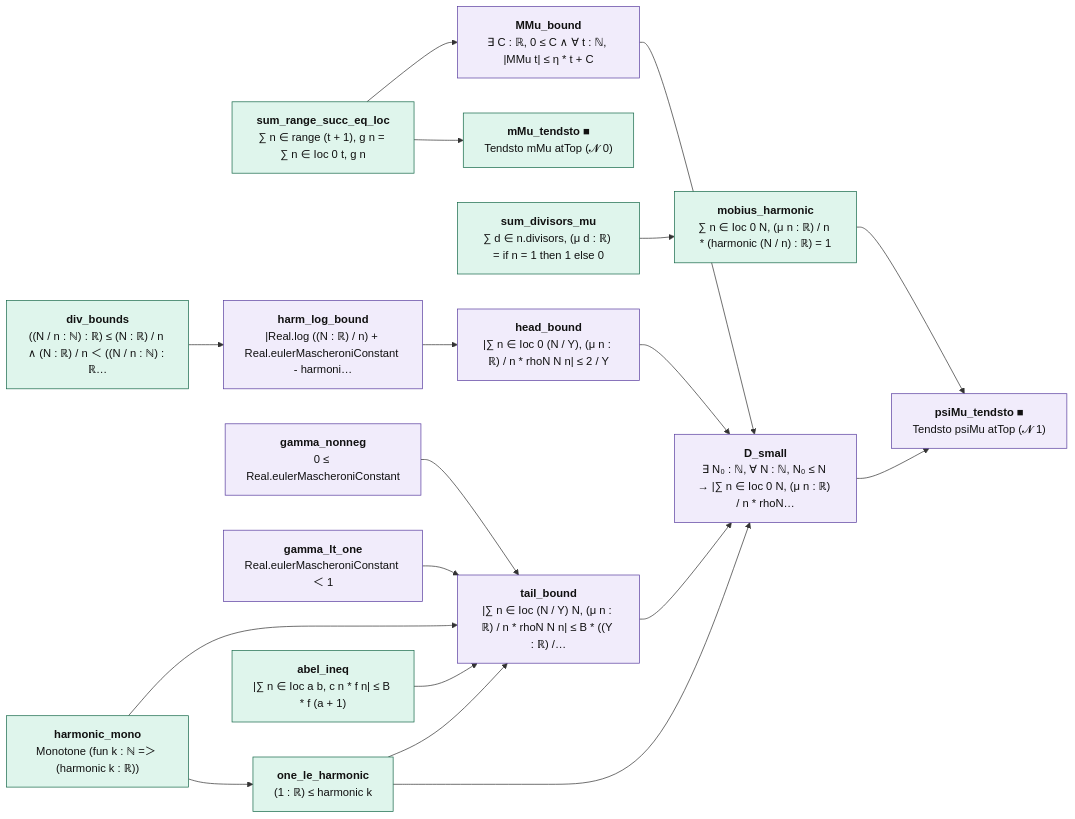
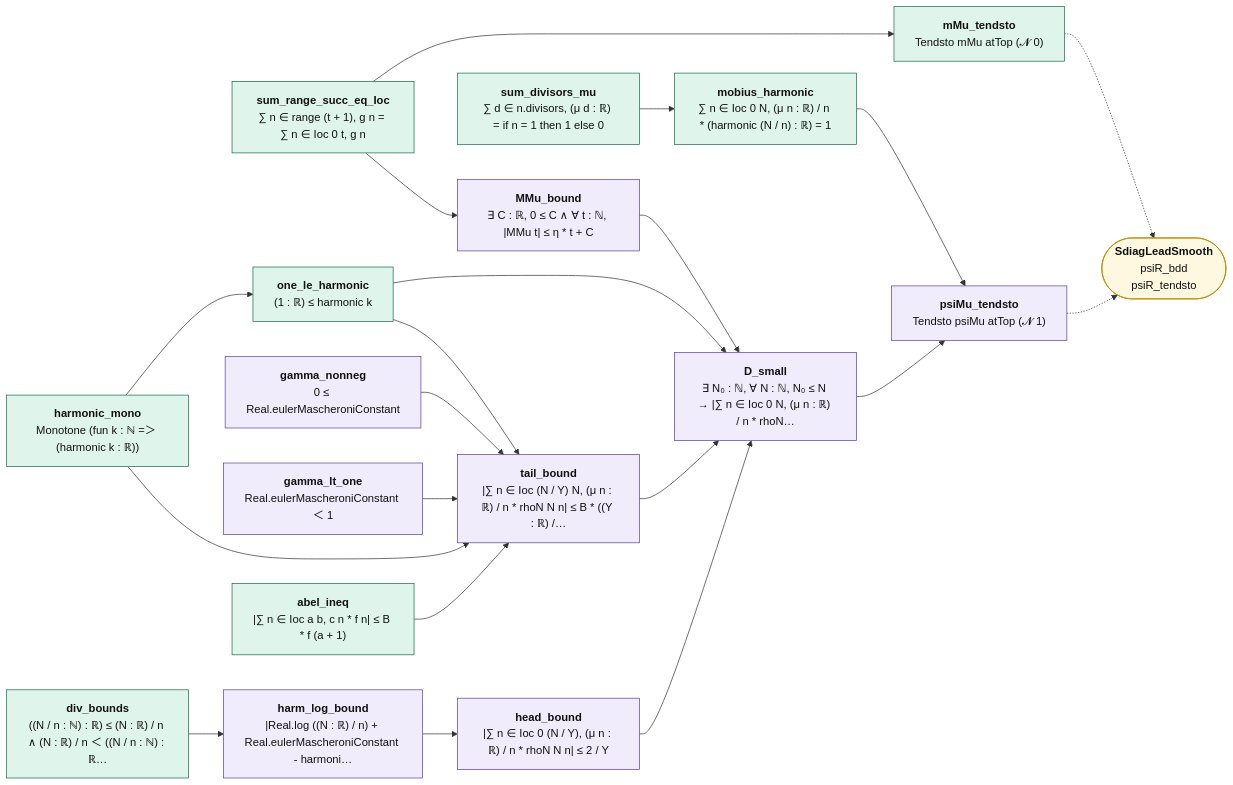
Before and after one commit to juliansambranojr/Primebeat_081426: the diagram in map/lean_stage3/DiagMainMu.mmd, drawn with Mermaid. The commit also changed 35 other files, not shown here.

```diff
--- a/map/lean_stage3/DiagMainMu.mmd
+++ b/map/lean_stage3/DiagMainMu.mmd
@@ -1,42 +1,45 @@
 flowchart LR
   n0["<b>sum_range_succ_eq_Ioc</b><br/>∑ n ∈ range (t + 1), g n = ∑ n ∈ Ioc 0 t, g n"]:::cnt
   n1["<b>MMu_bound</b><br/>∃ C : ℝ, 0 ≤ C ∧ ∀ t : ℕ, |MMu t| ≤ η * t + C"]:::shp
-  n2["<b>mMu_tendsto ■</b><br/>Tendsto mMu atTop (𝓝 0)"]:::cnt
+  n2["<b>mMu_tendsto</b><br/>Tendsto mMu atTop (𝓝 0)"]:::cnt
   n3["<b>sum_divisors_mu</b><br/>∑ d ∈ n.divisors, (μ d : ℝ) = if n = 1 then 1 else 0"]:::cnt
   n4["<b>mobius_harmonic</b><br/>∑ n ∈ Ioc 0 N, (μ n : ℝ) / n * (harmonic (N / n) : ℝ) = 1"]:::cnt
   n5["<b>div_bounds</b><br/>((N / n : ℕ) : ℝ) ≤ (N : ℝ) / n ∧ (N : ℝ) / n ＜ ((N / n : ℕ) : ℝ…"]:::cnt
   n6["<b>harmonic_mono</b><br/>Monotone (fun k : ℕ =＞ (harmonic k : ℝ))"]:::cnt
   n7["<b>one_le_harmonic</b><br/>(1 : ℝ) ≤ harmonic k"]:::cnt
   n8["<b>gamma_nonneg</b><br/>0 ≤ Real.eulerMascheroniConstant"]:::shp
   n9["<b>gamma_lt_one</b><br/>Real.eulerMascheroniConstant ＜ 1"]:::shp
   n10["<b>harm_log_bound</b><br/>|Real.log ((N : ℝ) / n) + Real.eulerMascheroniConstant - harmoni…"]:::shp
   n11["<b>abel_ineq</b><br/>|∑ n ∈ Ioc a b, c n * f n| ≤ B * f (a + 1)"]:::cnt
   n12["<b>head_bound</b><br/>|∑ n ∈ Ioc 0 (N / Y), (μ n : ℝ) / n * rhoN N n| ≤ 2 / Y"]:::shp
   n13["<b>tail_bound</b><br/>|∑ n ∈ Ioc (N / Y) N, (μ n : ℝ) / n * rhoN N n| ≤ B * ((Y : ℝ) /…"]:::shp
   n14["<b>D_small</b><br/>∃ N₀ : ℕ, ∀ N : ℕ, N₀ ≤ N → |∑ n ∈ Ioc 0 N, (μ n : ℝ) / n * rhoN…"]:::shp
-  n15["<b>psiMu_tendsto ■</b><br/>Tendsto psiMu atTop (𝓝 1)"]:::shp
+  n15["<b>psiMu_tendsto</b><br/>Tendsto psiMu atTop (𝓝 1)"]:::shp
+  x0(["<b>SdiagLeadSmooth</b><br/>psiR_bdd<br/>psiR_tendsto"]):::ext
   n0 --> n1
   n0 --> n2
   n1 --> n14
   n10 --> n12
   n11 --> n13
   n12 --> n14
   n13 --> n14
   n14 --> n15
   n3 --> n4
   n4 --> n15
   n5 --> n10
   n6 --> n13
   n6 --> n7
   n7 --> n13
   n7 --> n14
   n8 --> n13
   n9 --> n13
+  n15 -.-> x0
+  n2 -.-> x0
   classDef cnt fill:#dff5ec,stroke:#17694a,color:#111
   classDef shp fill:#f1ecfb,stroke:#5b3fa0,color:#111
   classDef rh fill:#ffe5e5,stroke:#c22,color:#111,stroke-width:2px
   classDef thm fill:#eef4ff,stroke:#335,color:#111
   classDef end_ fill:#e7f7e7,stroke:#2a7,color:#111,stroke-width:2px
   classDef lone fill:#fff,stroke:#999,color:#111,stroke-dasharray:4 3
   classDef bad fill:#ffe5e5,stroke:#c22,color:#111,stroke-width:2px
   classDef ext fill:#fff8e1,stroke:#b80,color:#111
```
